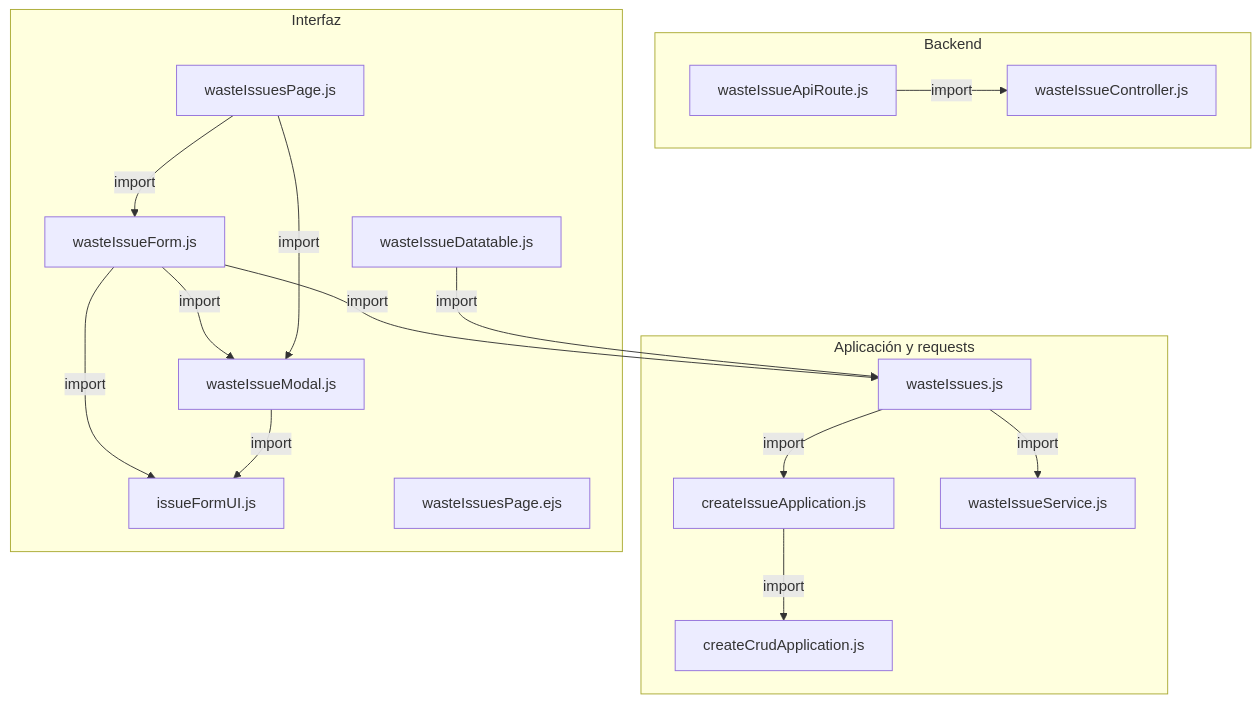
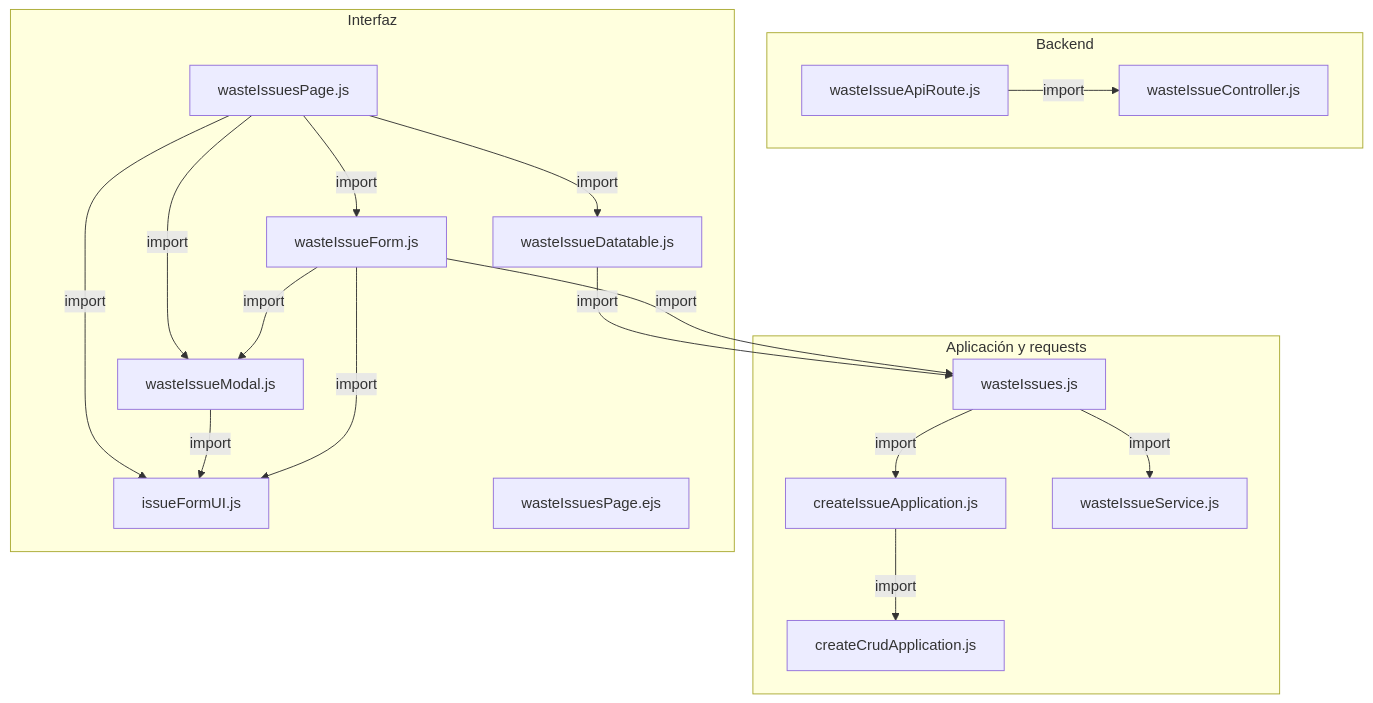
Before and after one commit to gpgsistemas01/nexus: the first of 4 diagrams in docs/architecture/views/processes/frontend-code-sequences/issues/cu-sal-08.md, drawn with Mermaid. The commit also changed 200 other files, not shown here.

````diff
--- a/docs/architecture/views/processes/frontend-code-sequences/issues/cu-sal-08.md
+++ b/docs/architecture/views/processes/frontend-code-sequences/issues/cu-sal-08.md
@@ -50,32 +50,34 @@
 ```mermaid
 flowchart TB
     subgraph Component0["Backend"]
         FileWasteIssueController["wasteIssueController.js"]
         Transport["wasteIssueApiRoute.js"]
     end
     subgraph Component1["Aplicación y requests"]
         Application["createCrudApplication.js"]
         FileCreateIssueApplication["createIssueApplication.js"]
         FileWasteIssues["wasteIssues.js"]
         Request["wasteIssueService.js"]
     end
     subgraph Component2["Interfaz"]
         FileWasteIssueForm["wasteIssueForm.js"]
         FileWasteIssueModal["wasteIssueModal.js"]
         Page["wasteIssuesPage.js"]
         Table["wasteIssueDatatable.js"]
         IssueUI["issueFormUI.js"]
         View["wasteIssuesPage.ejs"]
     end
     FileCreateIssueApplication -->|import| Application
-    FileWasteIssues -->|import| Request
-    FileWasteIssues -->|import| FileCreateIssueApplication
+    FileWasteIssueForm -->|import| FileWasteIssueModal
     FileWasteIssueForm -->|import| FileWasteIssues
     FileWasteIssueForm -->|import| IssueUI
-    FileWasteIssueForm -->|import| FileWasteIssueModal
     FileWasteIssueModal -->|import| IssueUI
+    FileWasteIssues -->|import| FileCreateIssueApplication
+    FileWasteIssues -->|import| Request
+    Page -->|import| FileWasteIssueForm
     Page -->|import| FileWasteIssueModal
-    Page -->|import| FileWasteIssueForm
+    Page -->|import| IssueUI
+    Page -->|import| Table
     Table -->|import| FileWasteIssues
     Transport -->|import| FileWasteIssueController
 ```
````
